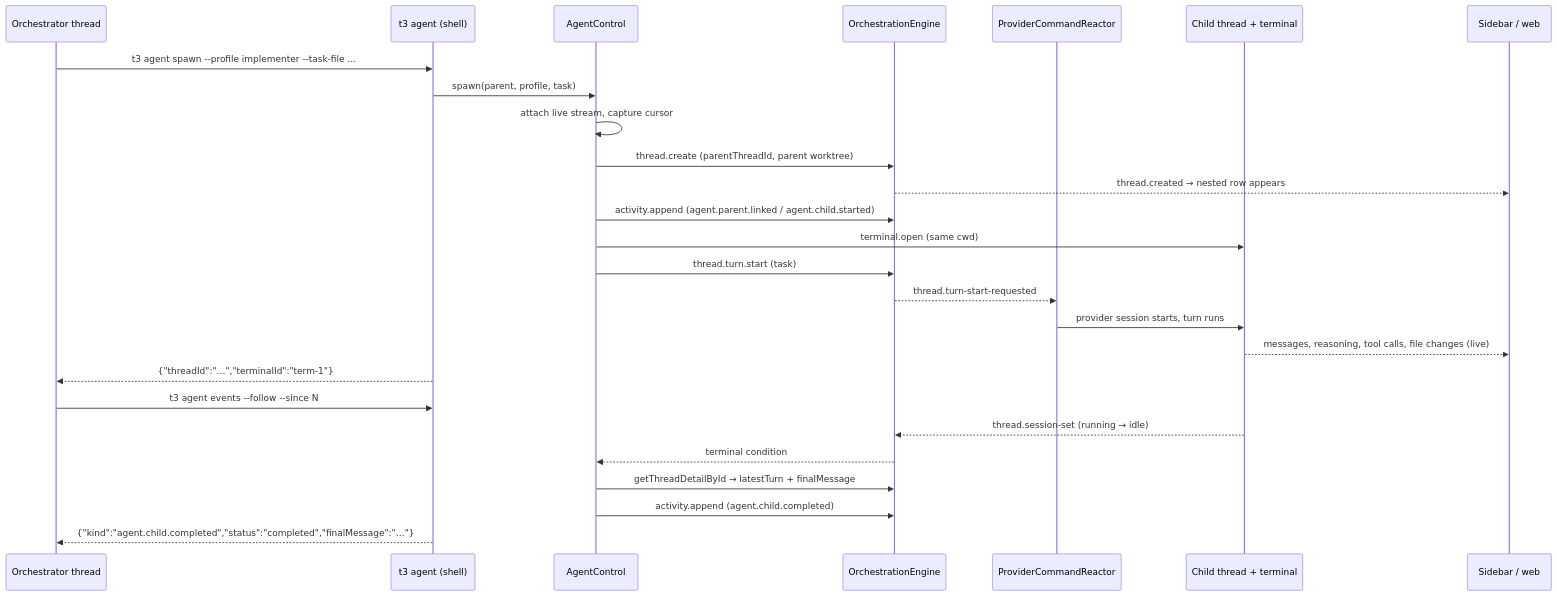
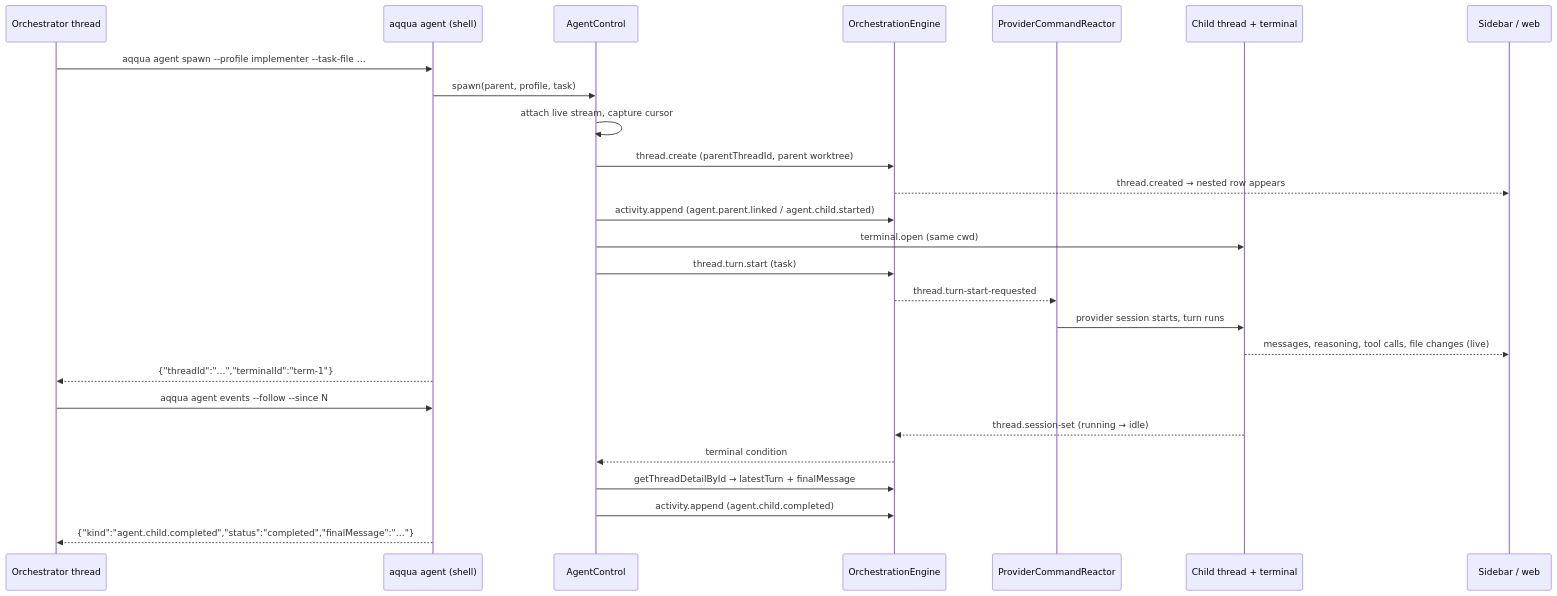
One commit to MatiasEnrique/aqqua changed the diagram in docs/plans/cross-provider-agent-control.md. Above: the diagram before and after it, drawn with Mermaid. The commit also changed other lines of this file and 2042 other files, not shown here.

````diff
--- a/docs/plans/cross-provider-agent-control.md
+++ b/docs/plans/cross-provider-agent-control.md
@@ -627,30 +627,30 @@
 ```mermaid
 sequenceDiagram
     participant O as Orchestrator thread
-    participant CLI as t3 agent (shell)
+    participant CLI as aqqua agent (shell)
     participant AC as AgentControl
     participant E as OrchestrationEngine
     participant R as ProviderCommandReactor
     participant C as Child thread + terminal
     participant UI as Sidebar / web
 
-    O->>CLI: t3 agent spawn --profile implementer --task-file …
+    O->>CLI: aqqua agent spawn --profile implementer --task-file …
     CLI->>AC: spawn(parent, profile, task)
     AC->>AC: attach live stream, capture cursor
     AC->>E: thread.create (parentThreadId, parent worktree)
     E-->>UI: thread.created → nested row appears
     AC->>E: activity.append (agent.parent.linked / agent.child.started)
     AC->>C: terminal.open (same cwd)
     AC->>E: thread.turn.start (task)
     E-->>R: thread.turn-start-requested
     R->>C: provider session starts, turn runs
     C-->>UI: messages, reasoning, tool calls, file changes (live)
     CLI-->>O: {"threadId":"…","terminalId":"term-1"}
 
-    O->>CLI: t3 agent events --follow --since N
+    O->>CLI: aqqua agent events --follow --since N
     C-->>E: thread.session-set (running → idle)
     E-->>AC: terminal condition
     AC->>E: getThreadDetailById → latestTurn + finalMessage
     AC->>E: activity.append (agent.child.completed)
     CLI-->>O: {"kind":"agent.child.completed","status":"completed","finalMessage":"…"}
 ```
````
